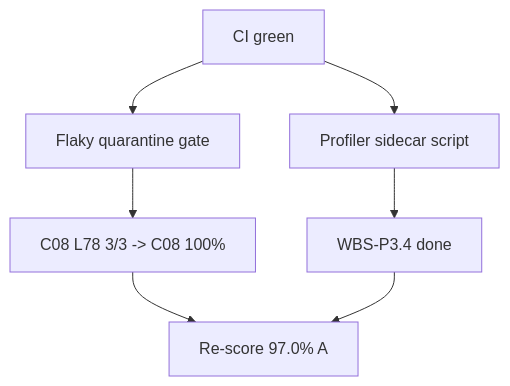
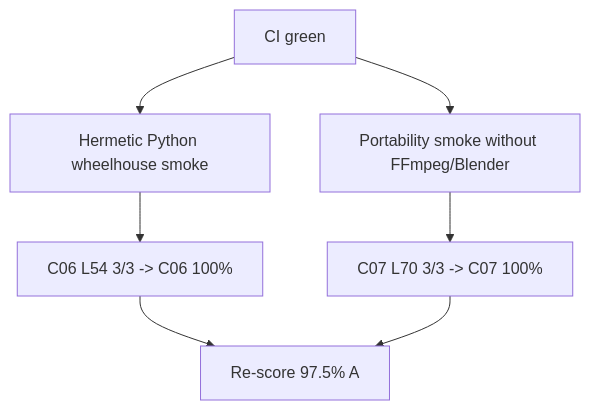
Before and after one commit to KooshaPari/Melosviz: the diagram in docs/WORK_DAG.md, drawn with Mermaid. The commit also changed other lines of this file and 12 other files, not shown here.

First line of the commit message:
wave/p1n: hermetic Python wheelhouse CI + portability smoke (97.5% A) (#154)

````diff
--- a/docs/WORK_DAG.md
+++ b/docs/WORK_DAG.md
@@ -5,9 +5,9 @@
 ```mermaid
 flowchart TD
-  A[CI green] --> B[Flaky quarantine gate]
-  A --> C[Profiler sidecar script]
-  B --> D[C08 L78 3/3 -> C08 100%]
-  C --> E[WBS-P3.4 done]
-  D --> F[Re-score 97.0% A]
+  A[CI green] --> B[Hermetic Python wheelhouse smoke]
+  A --> C[Portability smoke without FFmpeg/Blender]
+  B --> D[C06 L54 3/3 -> C06 100%]
+  C --> E[C07 L70 3/3 -> C07 100%]
+  D --> F[Re-score 97.5% A]
   E --> F
 ```
````
